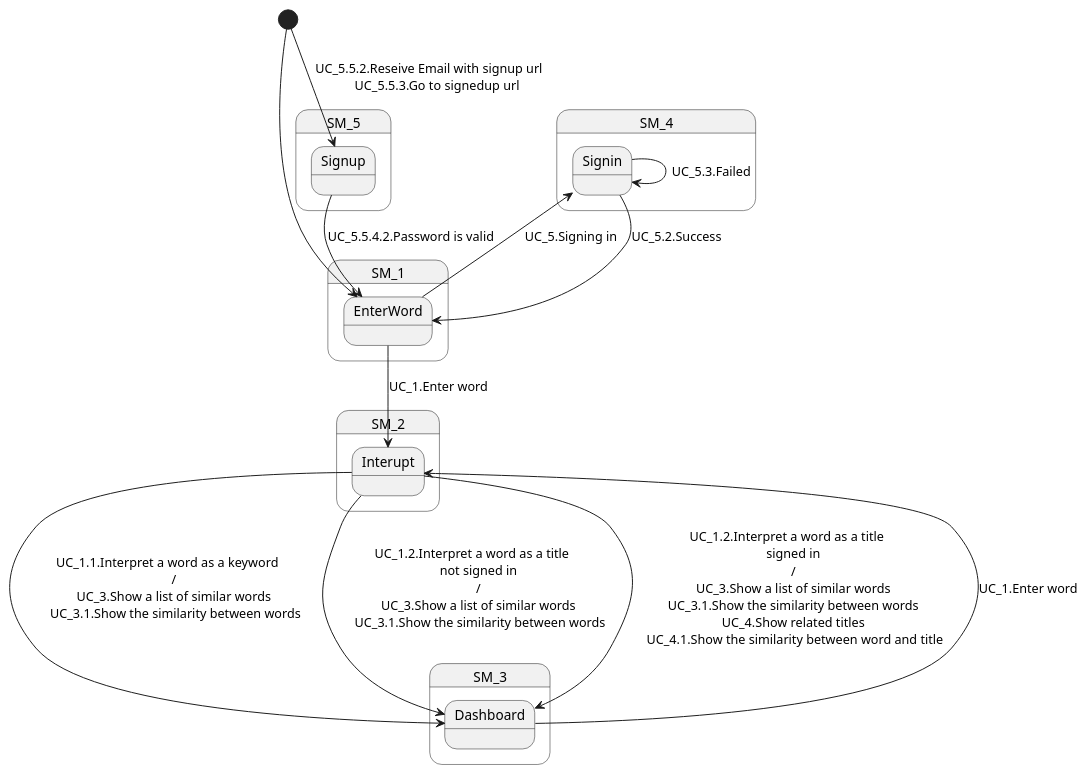
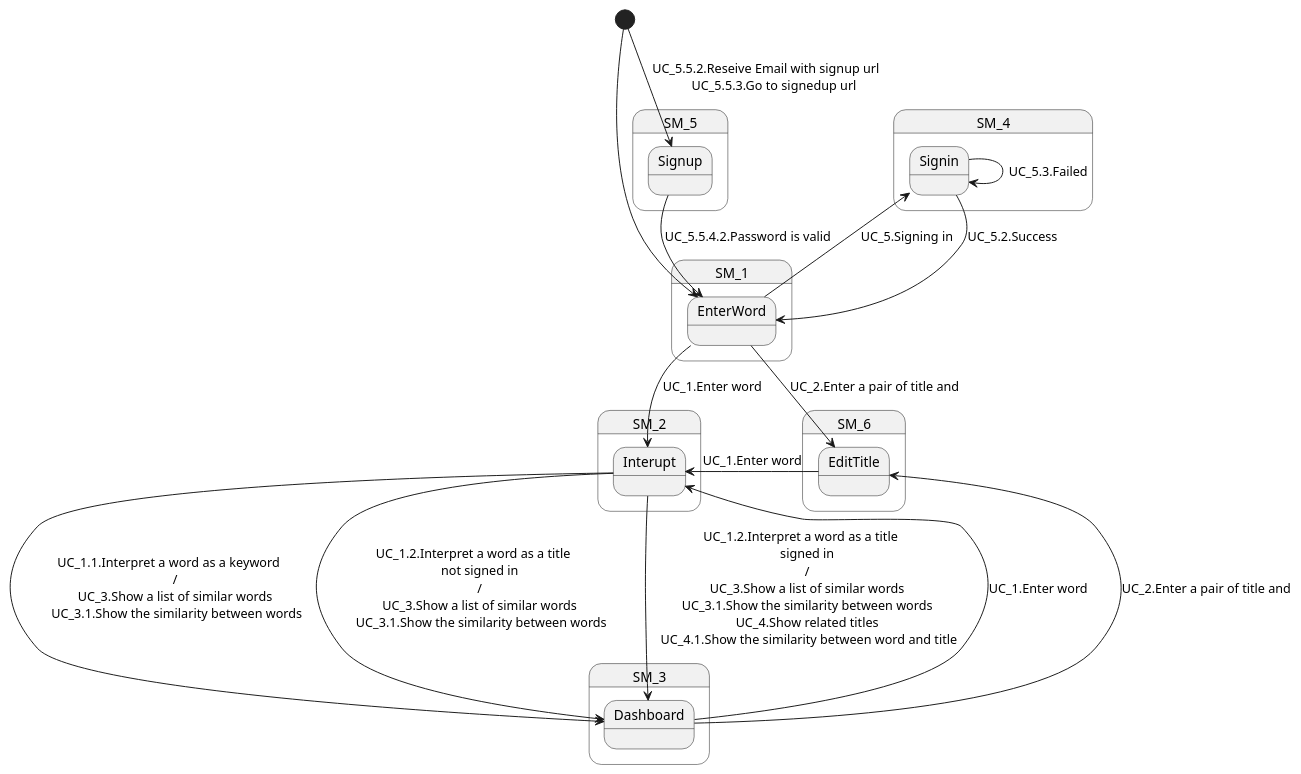
The diagram in web/doc/state_chart/state.pu (azarashin/Word2VecSOM), drawn with PlantUML before and after one commit.

Commit message:
added flow for title edit.

```diff
--- a/web/doc/state_chart/state.pu
+++ b/web/doc/state_chart/state.pu
@@ -1,43 +1,46 @@
 @startuml
 
 [*] --> SM_1.EnterWord
 [*] --> SM_5.Signup : \
     UC_5.5.2.Reseive Email with signup url \n\
     UC_5.5.3.Go to signedup url
 
 SM_1.EnterWord --> SM_2.Interupt : UC_1.Enter word
 SM_1.EnterWord -up-> SM_4.Signin : UC_5.Signing in
+SM_1.EnterWord --> SM_6.EditTitle : UC_2.Enter a pair of title and
 
 SM_2.Interupt --> SM_3.Dashboard : \
     UC_1.1.Interpret a word as a keyword \n\
     / \n\
     UC_3.Show a list of similar words \n\
     UC_3.1.Show the similarity between words
 
 SM_2.Interupt --> SM_3.Dashboard : \
     UC_1.2.Interpret a word as a title \n\
     not signed in \n\
     / \n\
     UC_3.Show a list of similar words \n\
     UC_3.1.Show the similarity between words
 
 SM_2.Interupt --> SM_3.Dashboard : \
     UC_1.2.Interpret a word as a title \n\
     signed in \n\
     / \n\
     UC_3.Show a list of similar words \n\
     UC_3.1.Show the similarity between words \n\
     UC_4.Show related titles \n\
     UC_4.1.Show the similarity between word and title
 
 
 
 SM_3.Dashboard --> SM_2.Interupt : UC_1.Enter word
+SM_3.Dashboard --> SM_6.EditTitle : UC_2.Enter a pair of title and
 
 SM_4.Signin --> SM_1.EnterWord : UC_5.2.Success
 SM_4.Signin --> SM_4.Signin : UC_5.3.Failed
 
 SM_5.Signup --> SM_1.EnterWord : UC_5.5.4.2.Password is valid
 
+SM_6.EditTitle --> SM_2.Interupt : UC_1.Enter word
 
 @enduml
```
